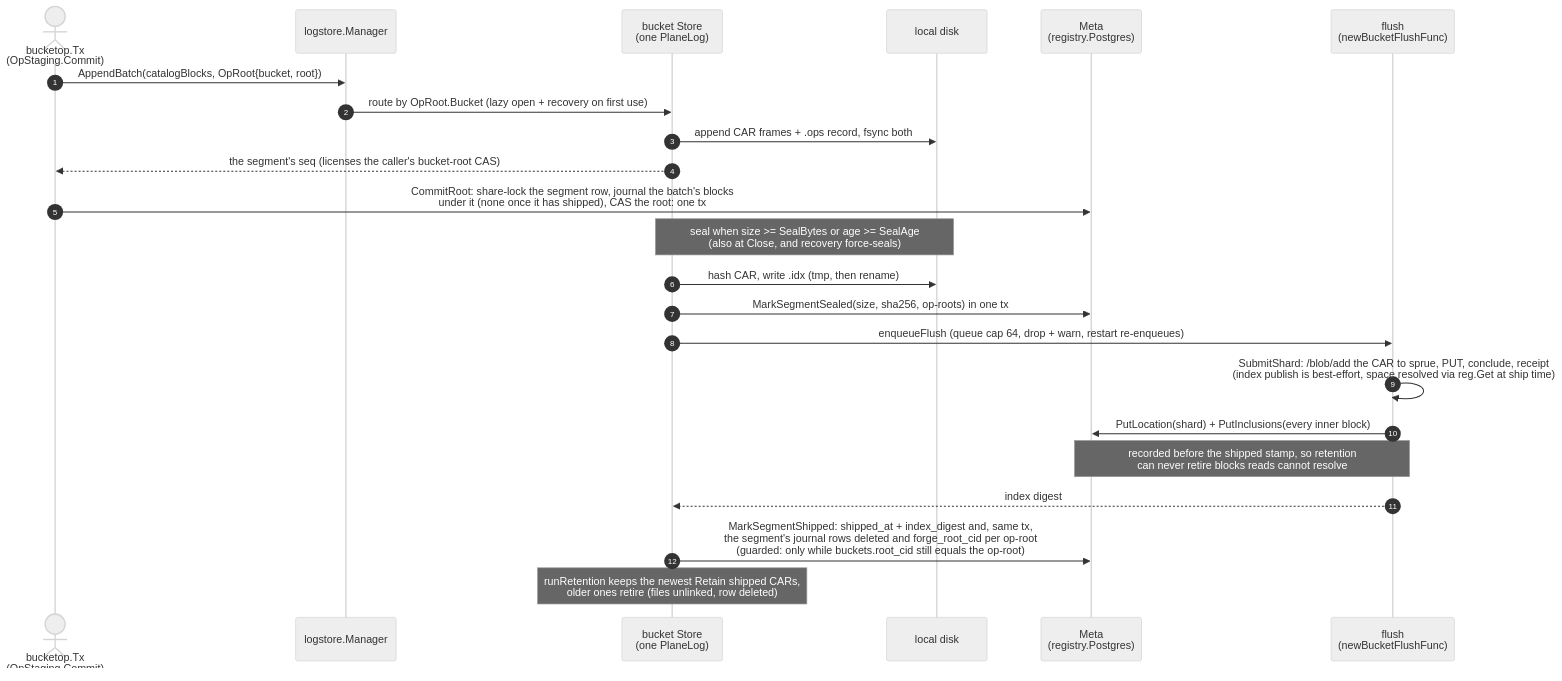
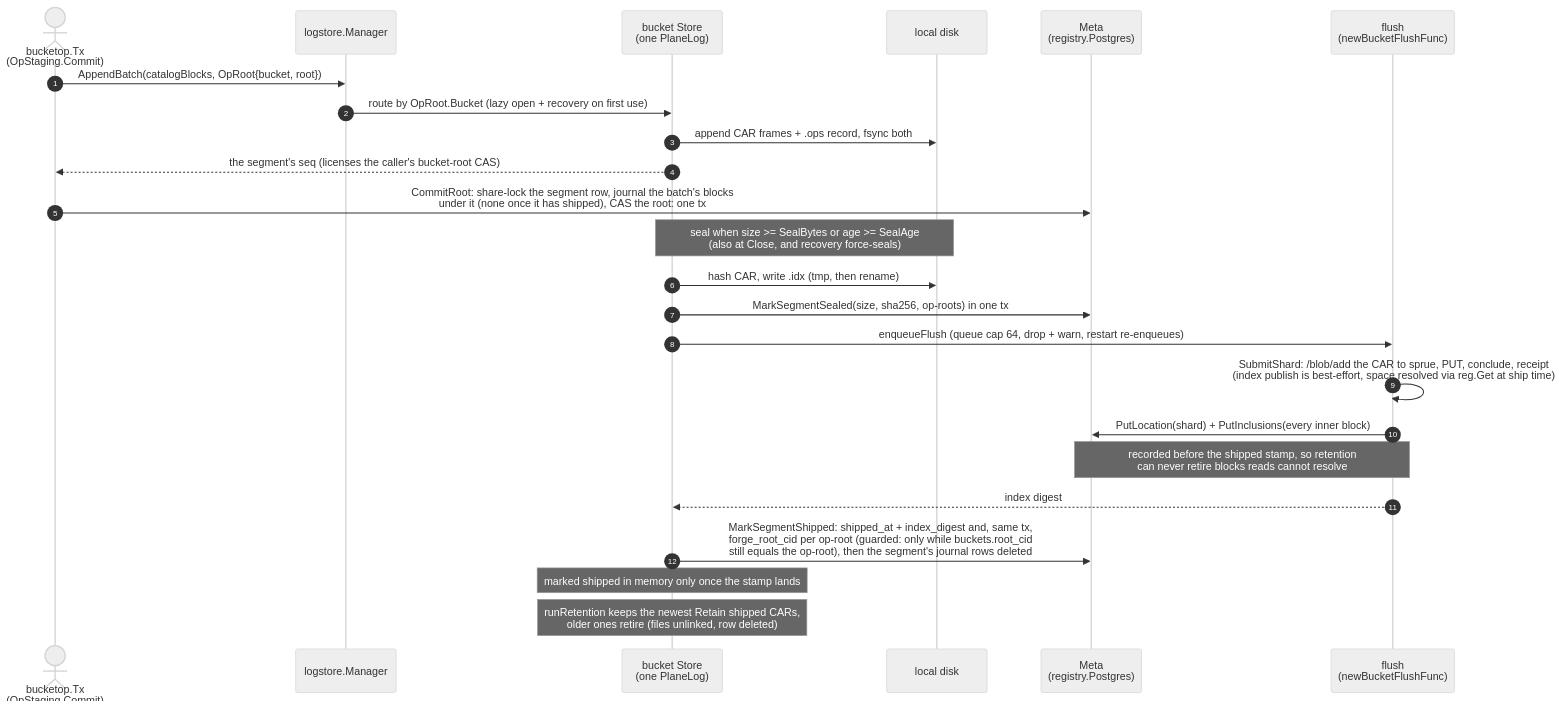
Before and after one commit to fil-forge/ingot: the first of 2 diagrams in logstore/README.md, drawn with Mermaid (neutral theme). The commit also changed other lines of this file and 8 other files, not shown here.

First line of the commit message:
Keep journal rows from outliving a failed ship stamp

````diff
--- a/logstore/README.md
+++ b/logstore/README.md
@@ -56,28 +56,29 @@
 ```mermaid
 sequenceDiagram
     autonumber
     actor C as bucketop.Tx<br/>(OpStaging.Commit)
     participant M as logstore.Manager
     participant S as bucket Store<br/>(one PlaneLog)
     participant FS as local disk
     participant DB as Meta<br/>(registry.Postgres)
     participant F as flush<br/>(newBucketFlushFunc)
 
     C->>M: AppendBatch(catalogBlocks, OpRoot{bucket, root})
     M->>S: route by OpRoot.Bucket (lazy open + recovery on first use)
     S->>FS: append CAR frames + .ops record, fsync both
     S-->>C: the segment's seq (licenses the caller's bucket-root CAS)
     C->>DB: CommitRoot: share-lock the segment row, journal the batch's blocks<br/>under it (none once it has shipped), CAS the root: one tx
 
     Note over S,FS: seal when size >= SealBytes or age >= SealAge<br/>(also at Close, and recovery force-seals)
     S->>FS: hash CAR, write .idx (tmp, then rename)
     S->>DB: MarkSegmentSealed(size, sha256, op-roots) in one tx
     S->>F: enqueueFlush (queue cap 64, drop + warn, restart re-enqueues)
 
     F->>F: SubmitShard: /blob/add the CAR to sprue, PUT, conclude, receipt<br/>(index publish is best-effort, space resolved via reg.Get at ship time)
     F->>DB: PutLocation(shard) + PutInclusions(every inner block)
     Note over F,DB: recorded before the shipped stamp, so retention<br/>can never retire blocks reads cannot resolve
     F-->>S: index digest
-    S->>DB: MarkSegmentShipped: shipped_at + index_digest and, same tx,<br/>the segment's journal rows deleted and forge_root_cid per op-root<br/>(guarded: only while buckets.root_cid still equals the op-root)
+    S->>DB: MarkSegmentShipped: shipped_at + index_digest and, same tx,<br/>forge_root_cid per op-root (guarded: only while buckets.root_cid<br/>still equals the op-root), then the segment's journal rows deleted
+    Note over S: marked shipped in memory only once the stamp lands
     Note over S: runRetention keeps the newest Retain shipped CARs,<br/>older ones retire (files unlinked, row deleted)
 ```
````
